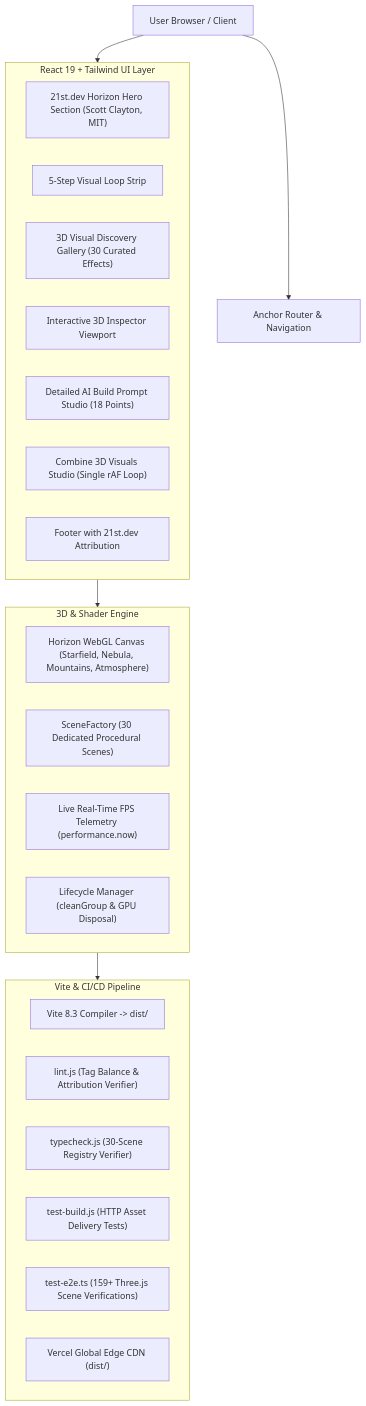
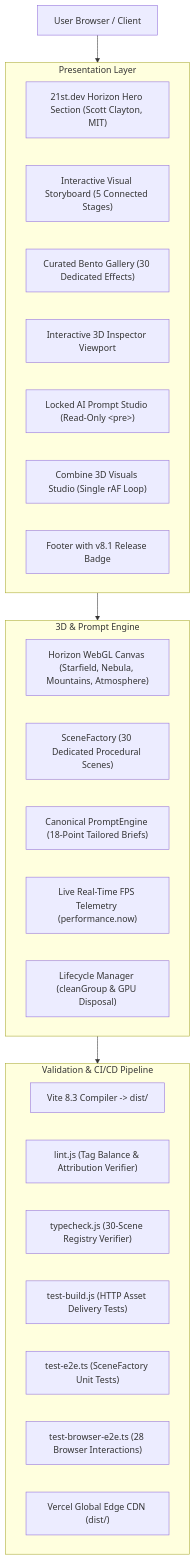
Before and after one commit to kalyan870/promptdock: the diagram in docs/architecture.md, drawn with Mermaid. The commit also changed other lines of this file and 35 other files, not shown here.

Commit message:
feat(8.1): execute major visual redesign with interactive 5-stage storyboard, curated bento gallery, playwright browser e2e suite, and real application screenshots

````diff
--- a/docs/architecture.md
+++ b/docs/architecture.md
@@ -5,34 +5,35 @@
 ```mermaid
 graph TD
-    Client["User Browser / Client"] --> Router["Anchor Router & Navigation"]
+    Client["User Browser / Client"] --> Presentation["React 19 + Tailwind UI Layer"]
     
-    subgraph Presentation ["React 19 + Tailwind UI Layer"]
+    subgraph Presentation ["Presentation Layer"]
       Hero["21st.dev Horizon Hero Section (Scott Clayton, MIT)"]
-      Workflow["5-Step Visual Loop Strip"]
-      Gallery["3D Visual Discovery Gallery (30 Curated Effects)"]
+      Storyboard["Interactive Visual Storyboard (5 Connected Stages)"]
+      Gallery["Curated Bento Gallery (30 Dedicated Effects)"]
       Inspector["Interactive 3D Inspector Viewport"]
-      PromptStudio["Detailed AI Build Prompt Studio (18 Points)"]
+      PromptStudio["Locked AI Prompt Studio (Read-Only &lt;pre&gt;)"]
       CombineStudio["Combine 3D Visuals Studio (Single rAF Loop)"]
-      Footer["Footer with 21st.dev Attribution"]
+      Footer["Footer with v8.1 Release Badge"]
     end
     
-    subgraph WebGL ["3D & Shader Engine"]
+    subgraph Engine ["3D & Prompt Engine"]
       HorizonEngine["Horizon WebGL Canvas (Starfield, Nebula, Mountains, Atmosphere)"]
       SceneFac["SceneFactory (30 Dedicated Procedural Scenes)"]
+      PromptEng["Canonical PromptEngine (18-Point Tailored Briefs)"]
       Telemetry["Live Real-Time FPS Telemetry (performance.now)"]
       Lifecycle["Lifecycle Manager (cleanGroup & GPU Disposal)"]
     end
     
-    subgraph Pipeline ["Vite & CI/CD Pipeline"]
+    subgraph Pipeline ["Validation & CI/CD Pipeline"]
       Vite["Vite 8.3 Compiler -> dist/"]
       Linter["lint.js (Tag Balance & Attribution Verifier)"]
       Typechecker["typecheck.js (30-Scene Registry Verifier)"]
       UnitTests["test-build.js (HTTP Asset Delivery Tests)"]
-      E2ETests["test-e2e.ts (159+ Three.js Scene Verifications)"]
+      SceneTests["test-e2e.ts (SceneFactory Unit Tests)"]
+      PlaywrightTests["test-browser-e2e.ts (28 Browser Interactions)"]
       VercelEdge["Vercel Global Edge CDN (dist/)"]
     end
     
-    Client --> Presentation
-    Presentation --> WebGL
-    WebGL --> Pipeline
+    Presentation --> Engine
+    Engine --> Pipeline
 ```
````
